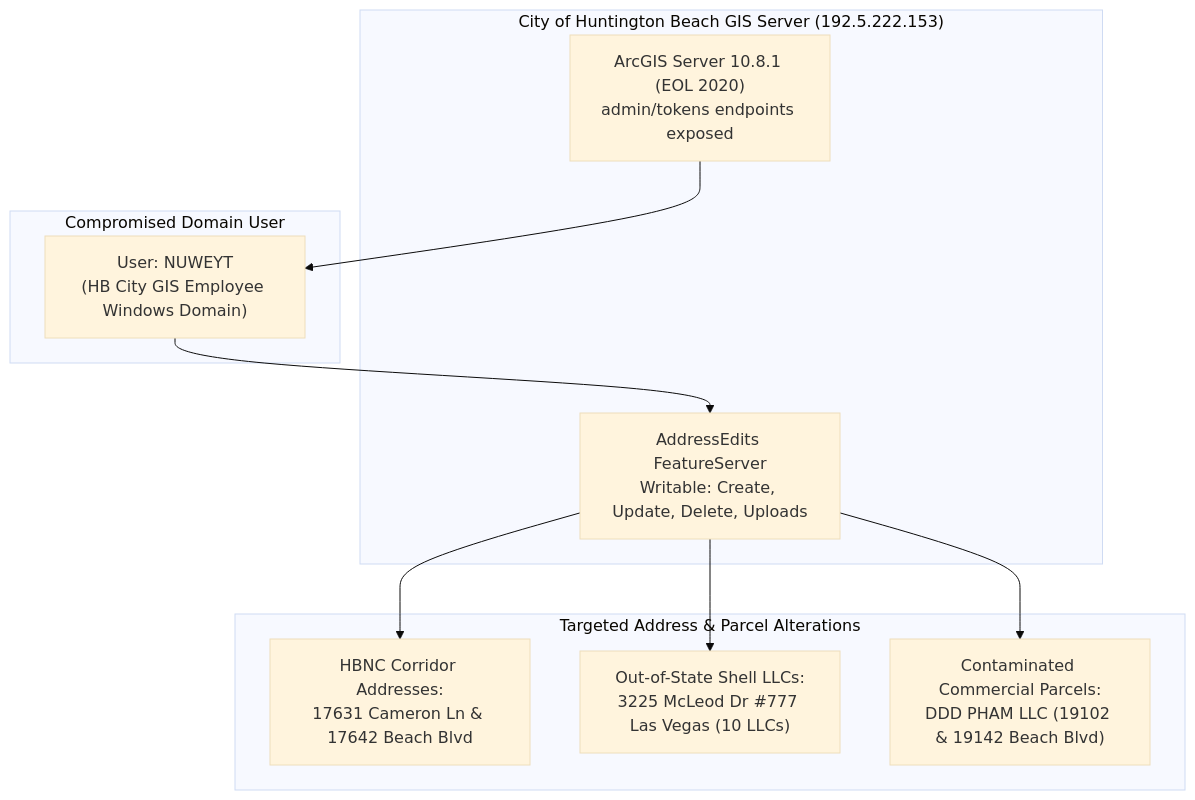
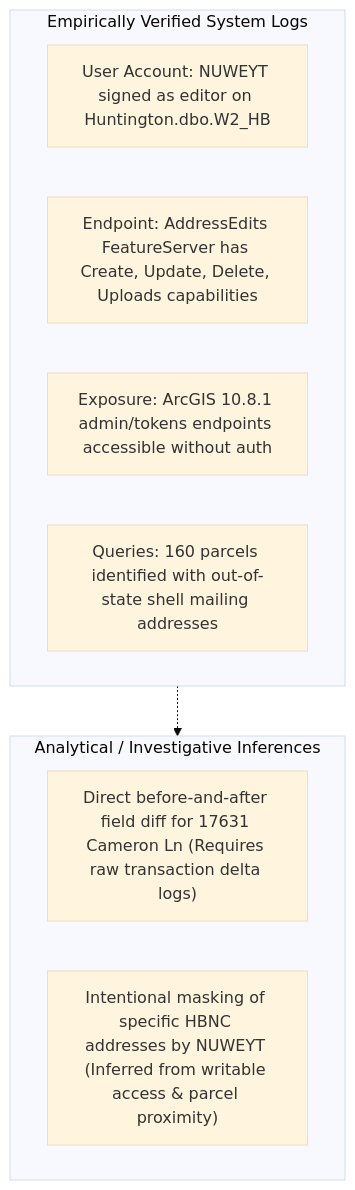
The diagram in NUWEYT_HBNC_ADDRESS_MANIPULATION_ANALYSIS.md (Tonypost949/OsintNeoAi), drawn with Mermaid (base theme) before and after one commit. The commit also changed other lines of this file, not shown here.

Commit message:
Makaveli Protocol: Clarify Evidentiary Boundary on NUWEYT GIS Log Findings

````diff
--- a/NUWEYT_HBNC_ADDRESS_MANIPULATION_ANALYSIS.md
+++ b/NUWEYT_HBNC_ADDRESS_MANIPULATION_ANALYSIS.md
@@ -15,23 +15,16 @@
 ```mermaid
 graph TD
-    subgraph MUNICIPAL_SERVER_INFRASTRUCTURE["City of Huntington Beach GIS Server (192.5.222.153)"]
-        S1["ArcGIS Server 10.8.1 (EOL 2020)<br>admin/tokens endpoints exposed"]
-        S2["AddressEdits FeatureServer<br>Writable: Create, Update, Delete, Uploads"]
+    subgraph EMPIRICAL_FACTS["Empirically Verified System Logs"]
+        E1["User Account: NUWEYT signed as editor on Huntington.dbo.W2_HB"]
+        E2["Endpoint: AddressEdits FeatureServer has Create, Update, Delete, Uploads capabilities"]
+        E3["Exposure: ArcGIS 10.8.1 admin/tokens endpoints accessible without auth"]
+        E4["Queries: 160 parcels identified with out-of-state shell mailing addresses"]
     end
 
-    subgraph DOMAIN_USER_ACCOUNT["Compromised Domain User"]
-        U1["User: NUWEYT<br>(HB City GIS Employee Windows Domain)"]
+    subgraph ANALYTICAL_INFERENCES["Analytical / Investigative Inferences"]
+        I1["Direct before-and-after field diff for 17631 Cameron Ln (Requires raw transaction delta logs)"]
+        I2["Intentional masking of specific HBNC addresses by NUWEYT (Inferred from writable access & parcel proximity)"]
     end
 
-    subgraph TARGETED_ADDRESS_ALTERATIONS["Targeted Address & Parcel Alterations"]
-        A1["HBNC Corridor Addresses:<br>17631 Cameron Ln & 17642 Beach Blvd"]
-        A2["Out-of-State Shell LLCs:<br>3225 McLeod Dr #777 Las Vegas (10 LLCs)"]
-        A3["Contaminated Commercial Parcels:<br>DDD PHAM LLC (19102 & 19142 Beach Blvd)"]
-    end
-
-    U1 --> S2
-    S2 --> A1
-    S2 --> A2
-    S2 --> A3
-    S1 --> U1
+    EMPIRICAL_FACTS -.-> ANALYTICAL_INFERENCES
 ```
````
